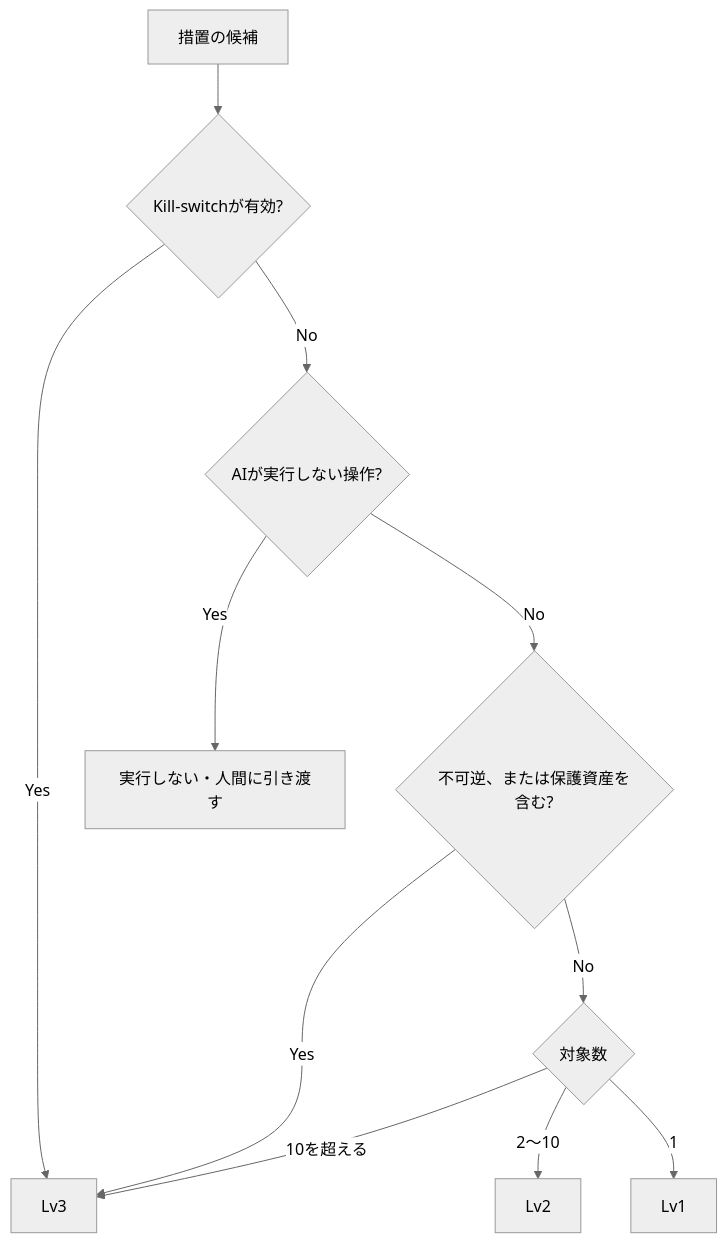
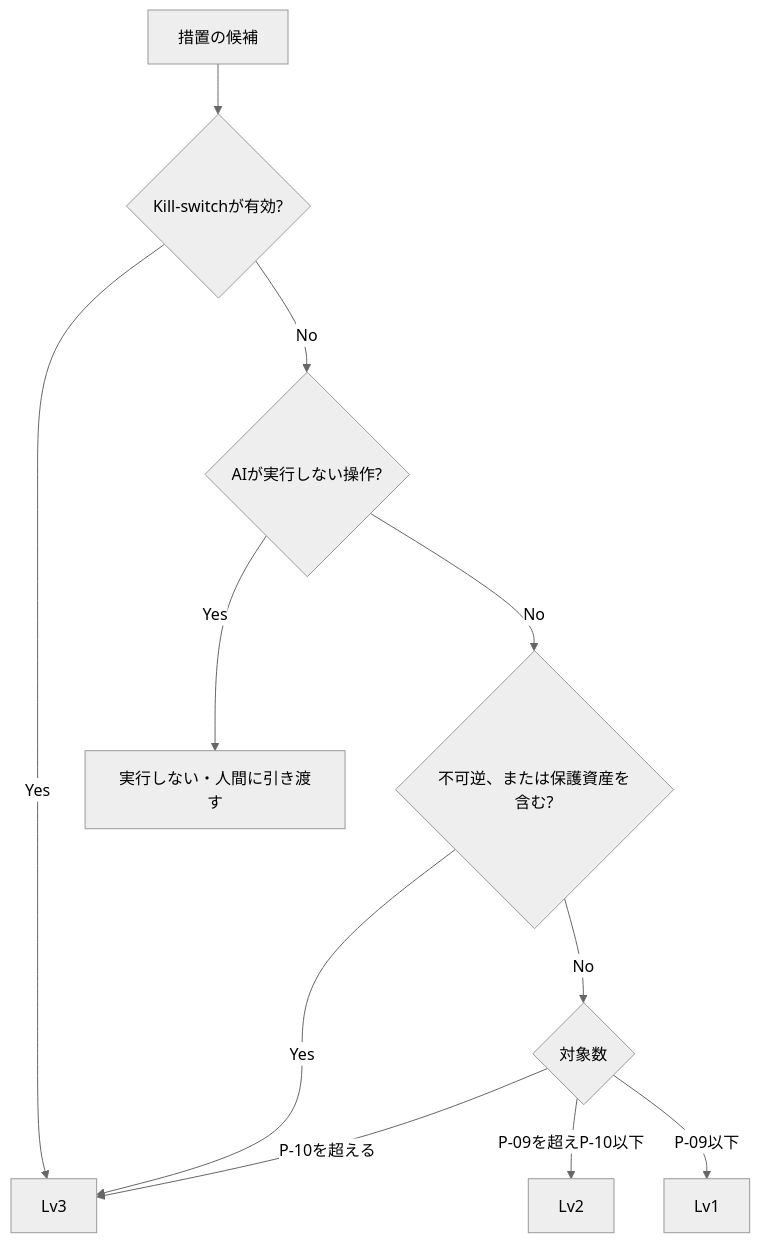
The diagram in 02-agentic-ai/02-02-authority-levels.md (Okusan818/agentic-ai-soc-csirt-sample), drawn with Mermaid (neutral theme) before and after one commit. The commit also changed other lines of this file and 7 other files, not shown here.

````diff
--- a/02-agentic-ai/02-02-authority-levels.md
+++ b/02-agentic-ai/02-02-authority-levels.md
@@ -23,13 +23,13 @@
 ```mermaid
 flowchart TD
     A[措置の候補] --> K{Kill-switchが有効?}
     K -->|Yes| L3[Lv3]
     K -->|No| N{AIが実行しない操作?}
     N -->|Yes| X[実行しない・人間に引き渡す]
     N -->|No| P{不可逆、または保護資産を含む?}
     P -->|Yes| L3
     P -->|No| C{対象数}
-    C -->|10を超える| L3
-    C -->|2〜10| L2[Lv2]
-    C -->|1| L1[Lv1]
+    C -->|P-10を超える| L3
+    C -->|P-09を超えP-10以下| L2[Lv2]
+    C -->|P-09以下| L1[Lv1]
 ```
````
